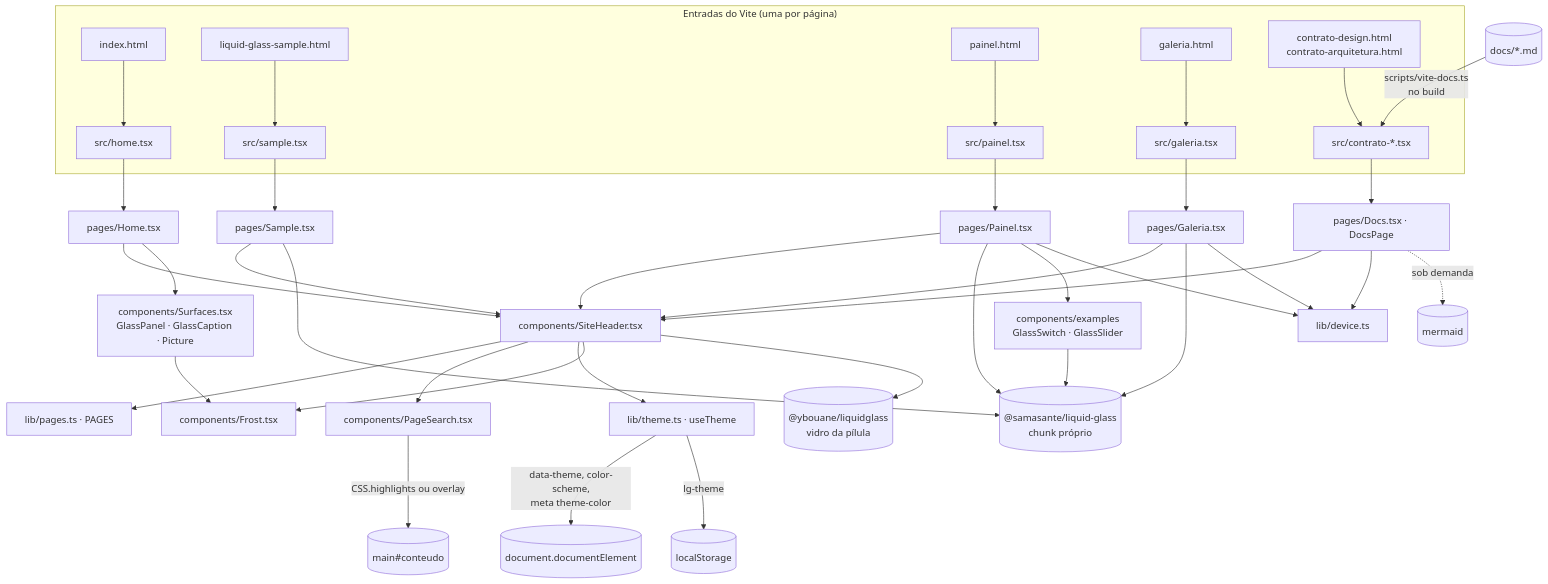
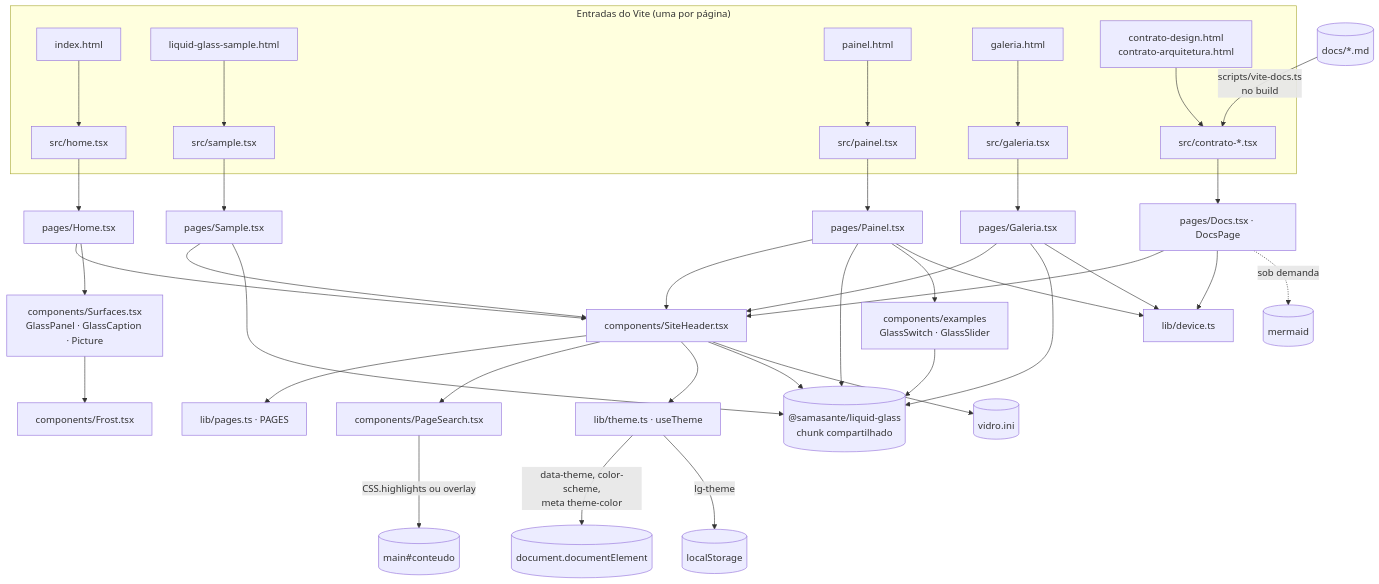
One commit to romastefale/HTML changed the diagram in docs/ARQUITETURA.md. Above: the diagram before and after it, drawn with Mermaid. The commit also changed other lines of this file and 15 other files, not shown here.

First line of the commit message:
Barra do topo com o <Glass> material do liquid-glass; valores em vidro.ini; sai o liquid-glass2

````diff
--- a/docs/ARQUITETURA.md
+++ b/docs/ARQUITETURA.md
@@ -178,43 +177,43 @@
 ```mermaid
 flowchart TD
   subgraph Entradas["Entradas do Vite (uma por página)"]
     IH["index.html"] --> HT["src/home.tsx"]
     SH["liquid-glass-sample.html"] --> ST["src/sample.tsx"]
     PH["painel.html"] --> PT["src/painel.tsx"]
     GH["galeria.html"] --> GT["src/galeria.tsx"]
     CH["contrato-design.html<br/>contrato-arquitetura.html"] --> CT["src/contrato-*.tsx"]
   end
   HT --> HOME["pages/Home.tsx"]
   ST --> SAMPLE["pages/Sample.tsx"]
   PT --> PAINEL["pages/Painel.tsx"]
   GT --> GALERIA["pages/Galeria.tsx"]
   CT --> DOCS["pages/Docs.tsx · DocsPage"]
   MD[("docs/*.md")] -->|"scripts/vite-docs.ts<br/>no build"| CT
 
   HOME --> HEADER["components/SiteHeader.tsx"]
   SAMPLE --> HEADER
   PAINEL --> HEADER
   GALERIA --> HEADER
   DOCS --> HEADER
   HEADER --> NAV["lib/pages.ts · PAGES"]
   HEADER --> SEARCH["components/PageSearch.tsx"]
   HEADER --> THEME["lib/theme.ts · useTheme"]
-  HEADER --> FROST["components/Frost.tsx"]
-  HEADER --> LG2[("@ybouane/liquidglass<br/>vidro da pílula")]
+  HEADER --> LIB
+  HEADER --> INI[("vidro.ini")]
   HOME --> SURF["components/Surfaces.tsx<br/>GlassPanel · GlassCaption · Picture"]
-  SURF --> FROST
+  SURF --> FROST["components/Frost.tsx"]
 
-  SAMPLE --> LIB[("@samasante/liquid-glass<br/>chunk próprio")]
+  SAMPLE --> LIB[("@samasante/liquid-glass<br/>chunk compartilhado")]
   PAINEL --> LIB
   PAINEL --> EX["components/examples<br/>GlassSwitch · GlassSlider"]
   EX --> LIB
   GALERIA --> LIB
   PAINEL --> DEV["lib/device.ts"]
   GALERIA --> DEV
   DOCS --> DEV
   DOCS -.->|"sob demanda"| MER[("mermaid")]
 
   THEME -->|"data-theme, color-scheme,<br/>meta theme-color"| DOC[("document.documentElement")]
   THEME -->|"lg-theme"| LS[("localStorage")]
   SEARCH -->|"CSS.highlights ou overlay"| MAIN[("main#conteudo")]
 ```
````
